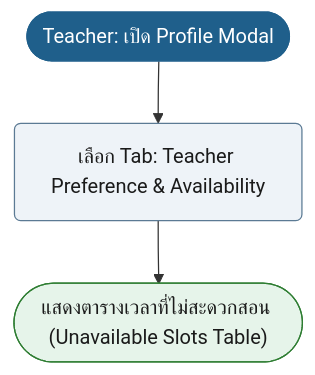
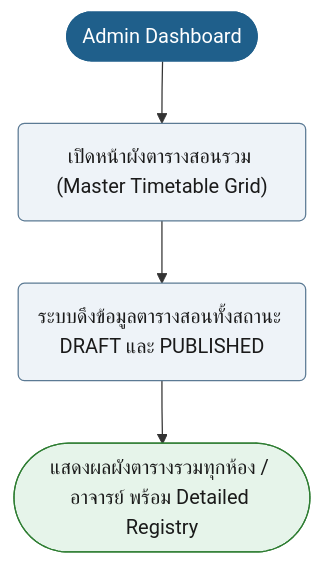
Before and after one commit to synthesixer/AcadOS: diagram 16 of 19 in doc/diagram/Userflow_diagram.md, drawn with Mermaid. The commit also changed other lines of this file and 8 other files, not shown here.

````diff
--- a/doc/diagram/Userflow_diagram.md
+++ b/doc/diagram/Userflow_diagram.md
@@ -529,14 +657,13 @@
 ```mermaid
 flowchart TD
-    n1(["Teacher: เปิด Profile Modal"]):::start
-    n2("เลือก Tab: Teacher Preference & Availability"):::act
-    n3(["แสดงตารางเวลาที่ไม่สะดวกสอน (Unavailable Slots Table)"]):::ok
-    n1 --> n2
-    n2 --> n3
+    n1(["Admin Dashboard"]):::start
+    n2("เปิดหน้าผังตารางสอนรวม (Master Timetable Grid)"):::act
+    n3("ระบบดึงข้อมูลตารางสอนทั้งสถานะ DRAFT และ PUBLISHED"):::act
+    n1 --> n2 --> n3
+    n4(["แสดงผลผังตารางรวมทุกห้อง / อาจารย์ พร้อม Detailed Registry"]):::ok
+    n3 --> n4
+
     classDef start fill:#1F5F8B,stroke:#1F5F8B,color:#fff
     classDef act fill:#EEF3F8,stroke:#5B7A94,color:#1a1a1a
-    classDef dec fill:#FFF6E0,stroke:#5B7A94,color:#1a1a1a
-    classDef bad fill:#FCE8E6,stroke:#C0392B,color:#1a1a1a
     classDef ok fill:#E6F4EA,stroke:#2E7D32,color:#1a1a1a
-    classDef note fill:#F4F4F4,stroke:#999,color:#1a1a1a
 ```
````
